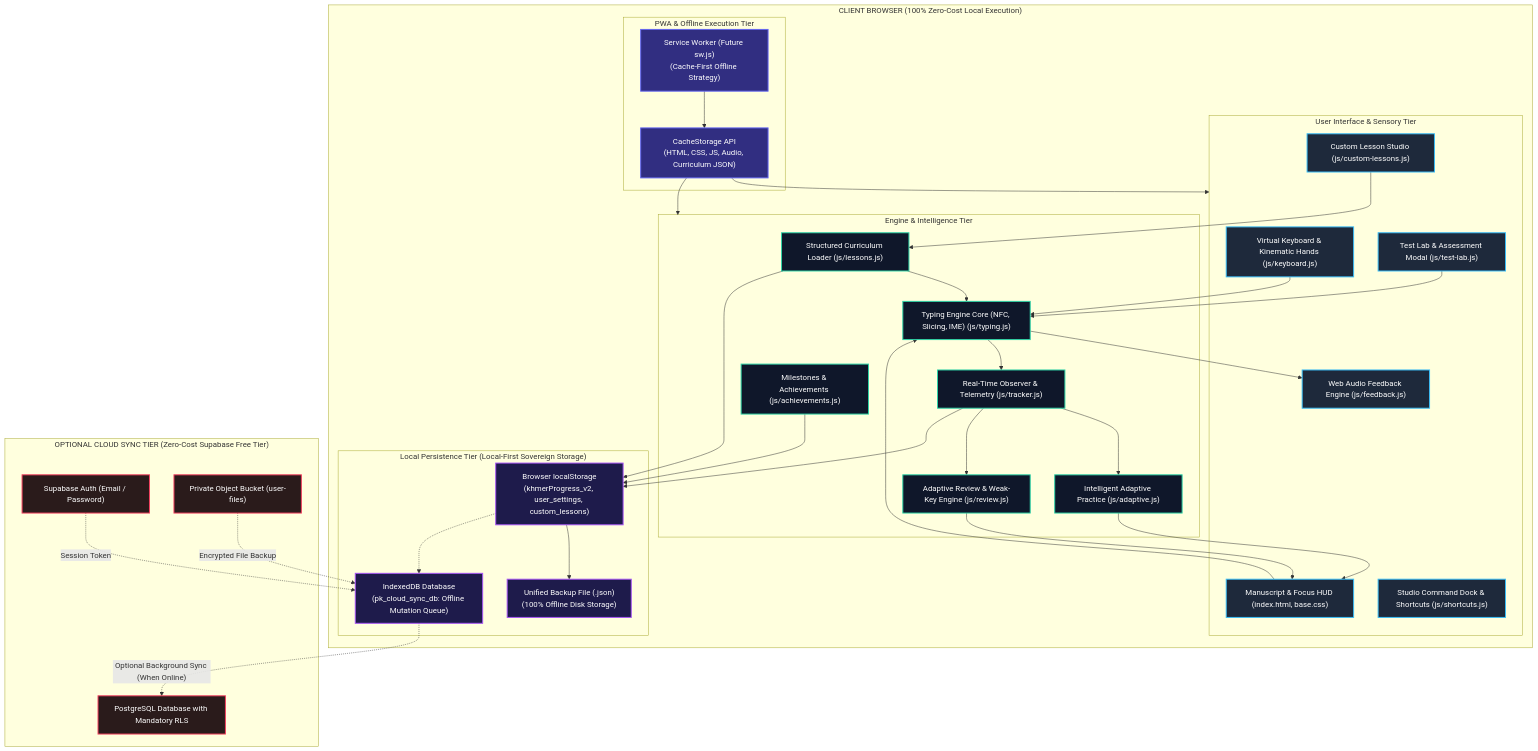
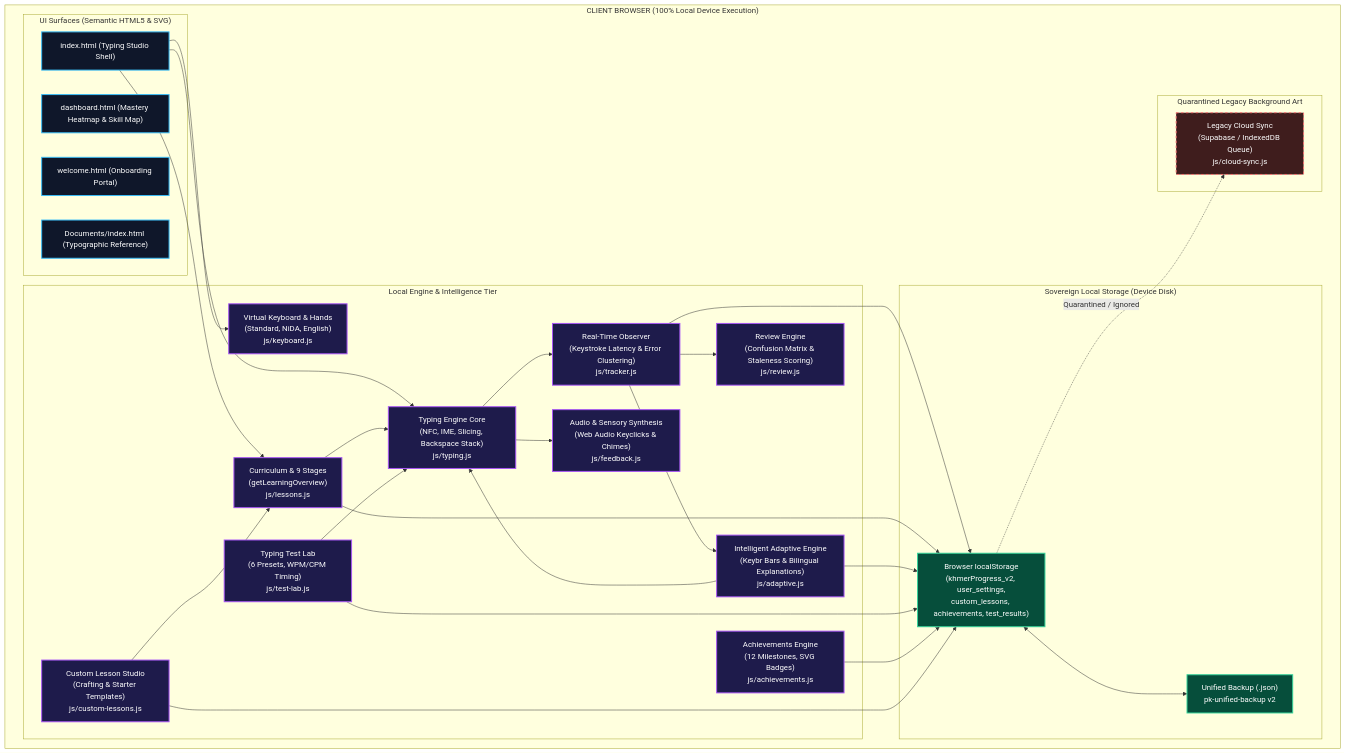
One commit to not-Phana/PK-Khmer-Type changed the first of 11 diagrams in docs/PK-KHMER-TYPE-ULTIMATE-MASTER-PLAN.md. Above: the diagram before and after it, drawn with Mermaid. The commit also changed other lines of this file and 1 other file, not shown here.

Commit message:
feat(concepts): transform entropy-engine to retro CRT terminal and update master plan

````diff
--- a/docs/PK-KHMER-TYPE-ULTIMATE-MASTER-PLAN.md
+++ b/docs/PK-KHMER-TYPE-ULTIMATE-MASTER-PLAN.md
@@ -556,72 +150,61 @@
 ```mermaid
 flowchart TD
-    classDef ui fill:#1e293b,stroke:#38bdf8,stroke-width:2px,color:#fff;
-    classDef core fill:#0f172a,stroke:#2dd4a7,stroke-width:2px,color:#fff;
-    classDef storage fill:#1e1b4b,stroke:#a855f7,stroke-width:2px,color:#fff;
-    classDef offline fill:#312e81,stroke:#6366f1,stroke-width:2px,color:#fff;
-    classDef cloud fill:#2a1b1b,stroke:#f43f5e,stroke-width:2px,color:#fff;
+    classDef client fill:#0f172a,stroke:#38bdf8,stroke-width:2px,color:#fff;
+    classDef engine fill:#1e1b4b,stroke:#a855f7,stroke-width:2px,color:#fff;
+    classDef storage fill:#064e3b,stroke:#34d399,stroke-width:2px,color:#fff;
+    classDef legacy fill:#3f1d1d,stroke:#f87171,stroke-width:2px,stroke-dasharray: 5 5,color:#fff;
 
-    subgraph CLIENT_BROWSER ["CLIENT BROWSER (100% Zero-Cost Local Execution)"]
-        subgraph UI_TIER ["User Interface & Sensory Tier"]
-            KB_UI["Virtual Keyboard & Kinematic Hands (js/keyboard.js)"]:::ui
-            MANUSCRIPT["Manuscript & Focus HUD (index.html, base.css)"]:::ui
-            COMMAND_DOCK["Studio Command Dock & Shortcuts (js/shortcuts.js)"]:::ui
-            TEST_UI["Test Lab & Assessment Modal (js/test-lab.js)"]:::ui
-            STUDIO_UI["Custom Lesson Studio (js/custom-lessons.js)"]:::ui
-            AUDIO_SENSORY["Web Audio Feedback Engine (js/feedback.js)"]:::ui
+    subgraph CLIENT_BROWSER ["CLIENT BROWSER (100% Local Device Execution)"]
+        subgraph UI_TIER ["UI Surfaces (Semantic HTML5 & SVG)"]
+            INDEX_HTML["index.html (Typing Studio Shell)"]:::client
+            DASHBOARD_HTML["dashboard.html (Mastery Heatmap & Skill Map)"]:::client
+            WELCOME_HTML["welcome.html (Onboarding Portal)"]:::client
+            DOCS_HTML["Documents/index.html (Typographic Reference)"]:::client
         end
 
-        subgraph CORE_TIER ["Engine & Intelligence Tier"]
-            TYPING_CORE["Typing Engine Core (NFC, Slicing, IME) (js/typing.js)"]:::core
-            TRACKER["Real-Time Observer & Telemetry (js/tracker.js)"]:::core
-            ADAPTIVE["Intelligent Adaptive Practice (js/adaptive.js)"]:::core
-            REVIEW["Adaptive Review & Weak-Key Engine (js/review.js)"]:::core
-            LESSONS["Structured Curriculum Loader (js/lessons.js)"]:::core
-            ACHIEVEMENTS["Milestones & Achievements (js/achievements.js)"]:::core
+        subgraph ENGINE_TIER ["Local Engine & Intelligence Tier"]
+            TYPING_JS["Typing Engine Core\n(NFC, IME, Slicing, Backspace Stack)\njs/typing.js"]:::engine
+            KEYBOARD_JS["Virtual Keyboard & Hands\n(Standard, NiDA, English)\njs/keyboard.js"]:::engine
+            LESSONS_JS["Curriculum & 9 Stages\n(getLearningOverview)\njs/lessons.js"]:::engine
+            TRACKER_JS["Real-Time Observer\n(Keystroke Latency & Error Clustering)\njs/tracker.js"]:::engine
+            ADAPTIVE_JS["Intelligent Adaptive Engine\n(Keybr Bars & Bilingual Explanations)\njs/adaptive.js"]:::engine
+            REVIEW_JS["Review Engine\n(Confusion Matrix & Staleness Scoring)\njs/review.js"]:::engine
+            TEST_LAB_JS["Typing Test Lab\n(6 Presets, WPM/CPM Timing)\njs/test-lab.js"]:::engine
+            ACHIEVEMENTS_JS["Achievements Engine\n(12 Milestones, SVG Badges)\njs/achievements.js"]:::engine
+            CUSTOM_LESSONS_JS["Custom Lesson Studio\n(Crafting & Starter Templates)\njs/custom-lessons.js"]:::engine
+            FEEDBACK_JS["Audio & Sensory Synthesis\n(Web Audio Keyclicks & Chimes)\njs/feedback.js"]:::engine
         end
 
-        subgraph STORAGE_TIER ["Local Persistence Tier (Local-First Sovereign Storage)"]
-            LS["Browser localStorage\n(khmerProgress_v2, user_settings, custom_lessons)"]:::storage
-            IDB["IndexedDB Database\n(pk_cloud_sync_db: Offline Mutation Queue)"]:::storage
-            UNIFIED_FILE["Unified Backup File (.json)\n(100% Offline Disk Storage)"]:::storage
+        subgraph LOCAL_STORAGE_TIER ["Sovereign Local Storage (Device Disk)"]
+            LS["Browser localStorage\n(khmerProgress_v2, user_settings,\ncustom_lessons, achievements, test_results)"]:::storage
+            BACKUP_JSON["Unified Backup (.json)\npk-unified-backup v2"]:::storage
         end
 
-        subgraph OFFLINE_TIER ["PWA & Offline Execution Tier"]
-            SW["Service Worker (Future sw.js)\n(Cache-First Offline Strategy)"]:::offline
-            CACHE["CacheStorage API\n(HTML, CSS, JS, Audio, Curriculum JSON)"]:::offline
+        subgraph LEGACY_QUARANTINE ["Quarantined Legacy Background Art"]
+            LEGACY_SYNC["Legacy Cloud Sync\n(Supabase / IndexedDB Queue)\njs/cloud-sync.js"]:::legacy
         end
     end
 
-    subgraph OPTIONAL_CLOUD ["OPTIONAL CLOUD SYNC TIER (Zero-Cost Supabase Free Tier)"]
-        AUTH_PROVIDER["Supabase Auth (Email / Password)"]:::cloud
-        PG_DB["PostgreSQL Database with Mandatory RLS"]:::cloud
-        STORAGE_BUCKET["Private Object Bucket (user-files)"]:::cloud
-    end
+    %% Wiring
+    INDEX_HTML --> TYPING_JS
+    INDEX_HTML --> KEYBOARD_JS
+    INDEX_HTML --> LESSONS_JS
+    TYPING_JS --> TRACKER_JS
+    TYPING_JS --> FEEDBACK_JS
+    TRACKER_JS --> ADAPTIVE_JS
+    TRACKER_JS --> REVIEW_JS
+    LESSONS_JS --> TYPING_JS
+    TEST_LAB_JS --> TYPING_JS
+    ADAPTIVE_JS --> TYPING_JS
+    CUSTOM_LESSONS_JS --> LESSONS_JS
 
-    %% Wiring & Data Flow
-    KB_UI --> TYPING_CORE
-    MANUSCRIPT --> TYPING_CORE
-    TYPING_CORE --> AUDIO_SENSORY
-    TYPING_CORE --> TRACKER
-    TRACKER --> ADAPTIVE
-    TRACKER --> REVIEW
-    LESSONS --> TYPING_CORE
-    ADAPTIVE --> MANUSCRIPT
-    REVIEW --> MANUSCRIPT
-    TEST_UI --> TYPING_CORE
-    STUDIO_UI --> LESSONS
+    TRACKER_JS --> LS
+    LESSONS_JS --> LS
+    ADAPTIVE_JS --> LS
+    TEST_LAB_JS --> LS
+    ACHIEVEMENTS_JS --> LS
+    CUSTOM_LESSONS_JS --> LS
+    LS <--> BACKUP_JSON
 
-    TRACKER --> LS
-    LESSONS --> LS
-    ACHIEVEMENTS --> LS
-    LS --> UNIFIED_FILE
-
-    LS -.-> IDB
-    IDB -.->|"Optional Background Sync (When Online)"| PG_DB
-    AUTH_PROVIDER -.->|"Session Token"| IDB
-    STORAGE_BUCKET -.->|"Encrypted File Backup"| IDB
-
-    SW --> CACHE
-    CACHE --> UI_TIER
-    CACHE --> CORE_TIER
+    LS -.->|Quarantined / Ignored| LEGACY_SYNC
 ```
````
